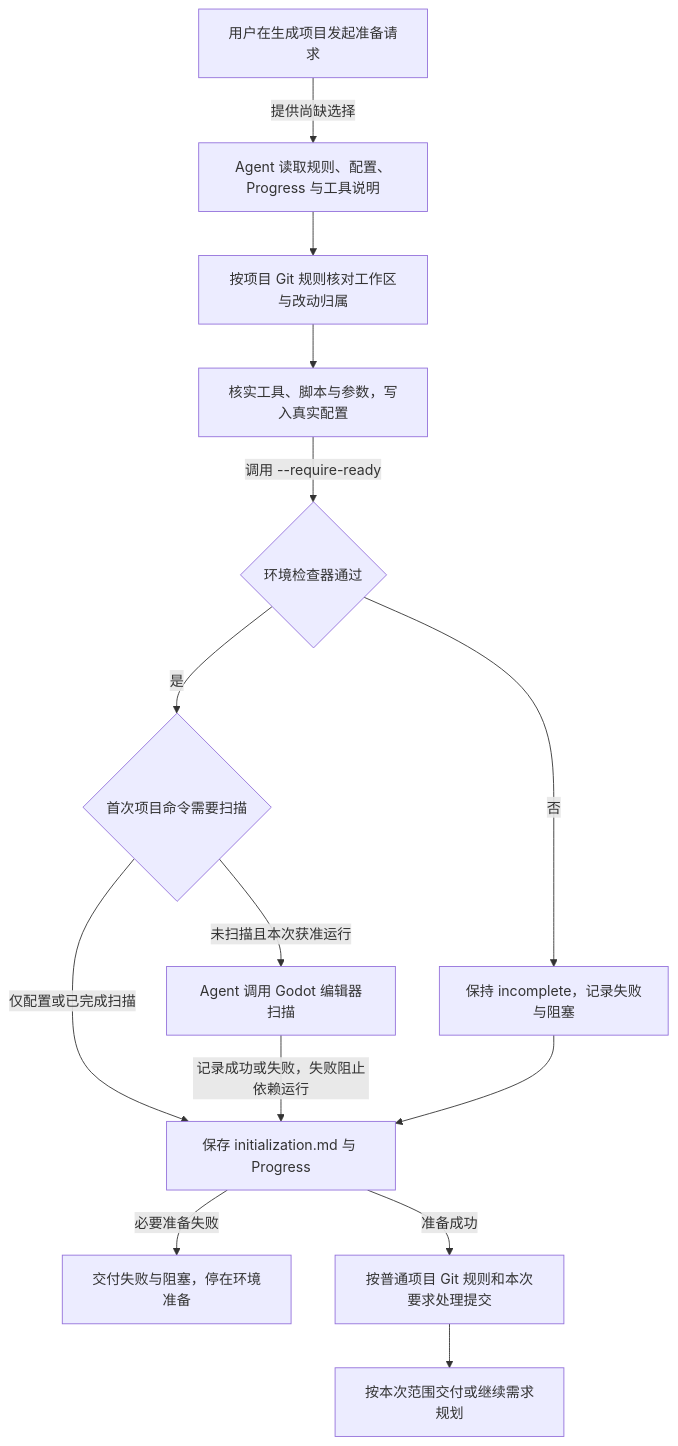
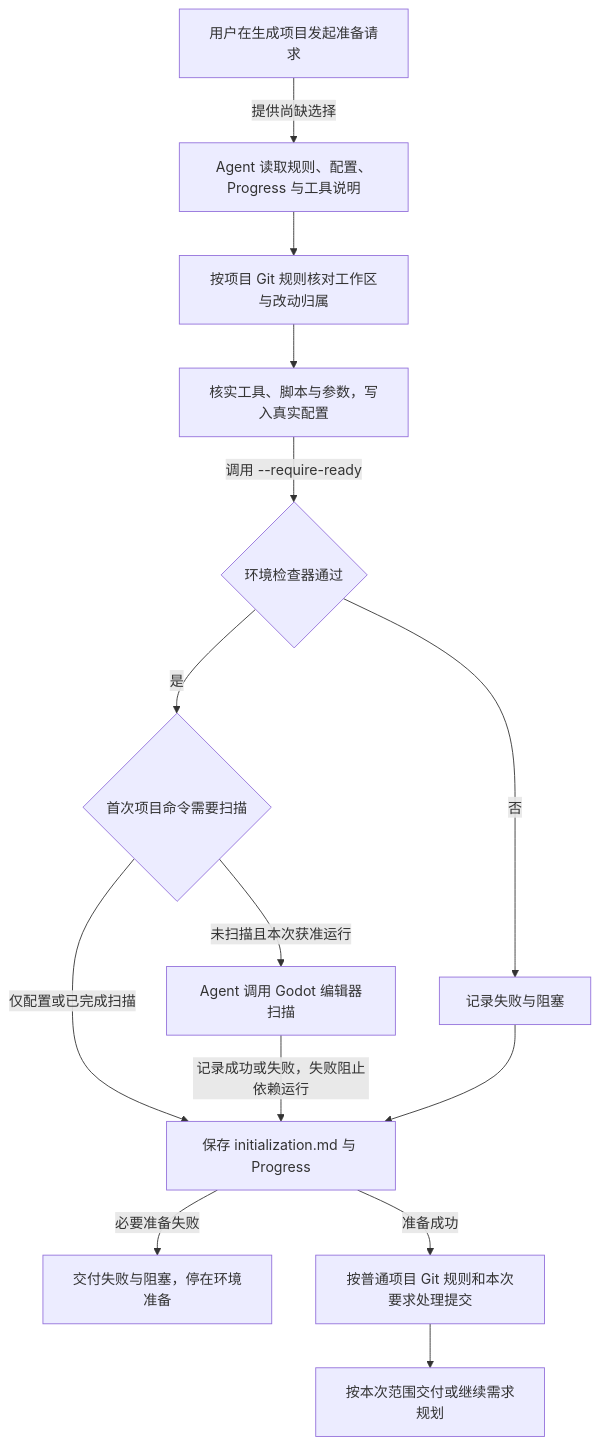
Before and after one commit to yxy823/Game_idle_yaya_frame: the diagram in framework/docs/blank-project/getting-started/first-use.md, drawn with Mermaid. The commit also changed other lines of this file and 35 other files, not shown here.

````diff
--- a/framework/docs/blank-project/getting-started/first-use.md
+++ b/framework/docs/blank-project/getting-started/first-use.md
@@ -9,16 +9,16 @@
 ```mermaid
 flowchart TD
     U[用户在生成项目发起准备请求] -->|提供尚缺选择| A[Agent 读取规则、配置、Progress 与工具说明]
     A --> E[按项目 Git 规则核对工作区与改动归属]
     E --> C[核实工具、脚本与参数，写入真实配置]
     C -->|调用 --require-ready| V{环境检查器通过}
-    V -->|否| F[保持 incomplete，记录失败与阻塞]
+    V -->|否| F[记录失败与阻塞]
     V -->|是| S{首次项目命令需要扫描}
     S -->|仅配置或已完成扫描| R[保存 initialization.md 与 Progress]
     S -->|未扫描且本次获准运行| G[Agent 调用 Godot 编辑器扫描]
     G -->|记录成功或失败，失败阻止依赖运行| R
     F --> R
     R -->|必要准备失败| Z[交付失败与阻塞，停在环境准备]
     R -->|准备成功| T[按普通项目 Git 规则和本次要求处理提交]
     T --> N[按本次范围交付或继续需求规划]
 ```
````
